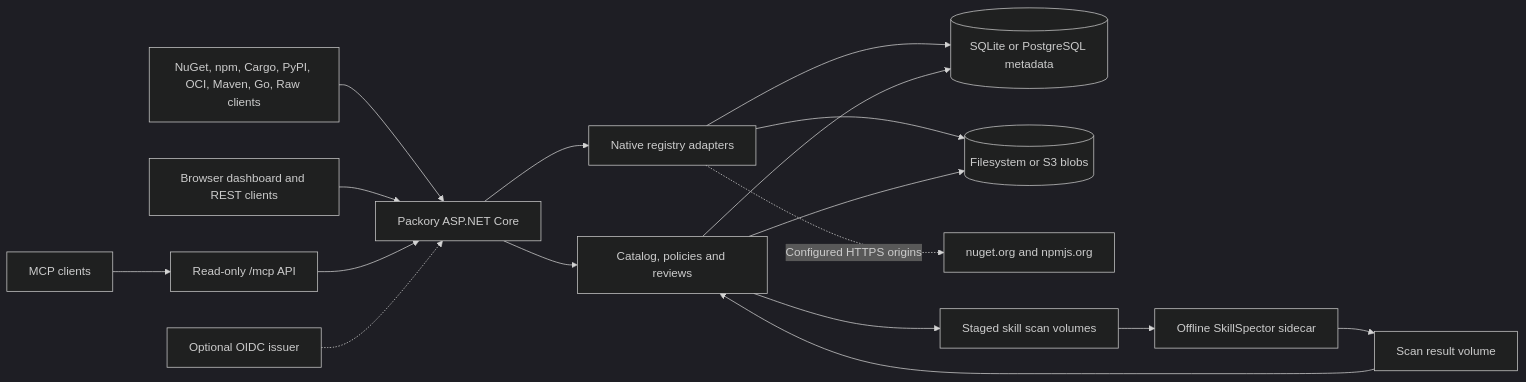
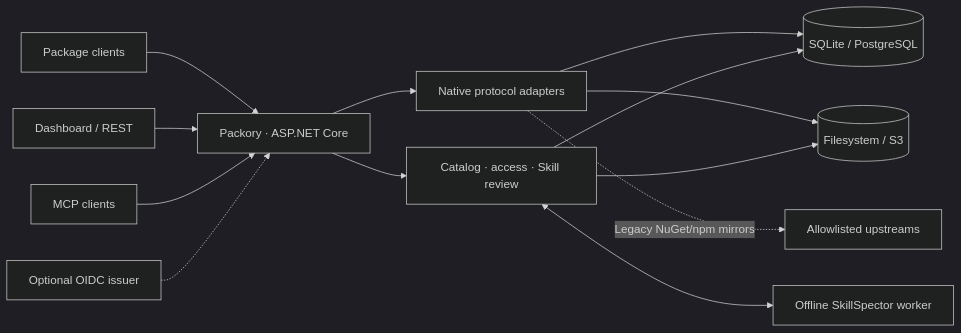
The diagram in README.md (Cenn0/Packory), drawn with Mermaid (dark theme) before and after one commit. The commit also changed other lines of this file and 6 other files, not shown here.

````diff
--- a/README.md
+++ b/README.md
@@ -101,19 +91,15 @@
 ```mermaid
 flowchart LR
-  C["NuGet, npm, Cargo, PyPI, OCI, Maven, Go, Raw clients"] --> App["Packory ASP.NET Core"]
-  Dashboard["Browser dashboard and REST clients"] --> App
-  MCP["MCP clients"] --> ReadOnly["Read-only /mcp API"]
-  ReadOnly --> App
+  Clients["Package clients"] --> App["Packory · ASP.NET Core"]
+  UI["Dashboard / REST"] --> App
+  MCP["MCP clients"] --> App
   OIDC["Optional OIDC issuer"] -.-> App
-  App --> Protocol["Native registry adapters"]
-  App --> Catalog["Catalog, policies and reviews"]
-  Protocol --> DB[("SQLite or PostgreSQL metadata")]
-  Catalog --> DB
-  Protocol --> Blob[("Filesystem or S3 blobs")]
-  Catalog --> Blob
-  Protocol -. "Configured HTTPS origins" .-> Upstream["nuget.org and npmjs.org"]
-  Catalog --> Queue["Staged skill scan volumes"]
-  Queue --> Scanner["Offline SkillSpector sidecar"]
-  Scanner --> Result["Scan result volume"]
-  Result --> Catalog
+  App --> Adapters["Native protocol adapters"]
+  App --> Policy["Catalog · access · Skill review"]
+  Adapters --> DB[("SQLite / PostgreSQL")]
+  Policy --> DB
+  Adapters --> Blobs[("Filesystem / S3")]
+  Policy --> Blobs
+  Adapters -. "Legacy NuGet/npm mirrors" .-> Upstream["Allowlisted upstreams"]
+  Policy <--> Worker["Offline SkillSpector worker"]
 ```
````
